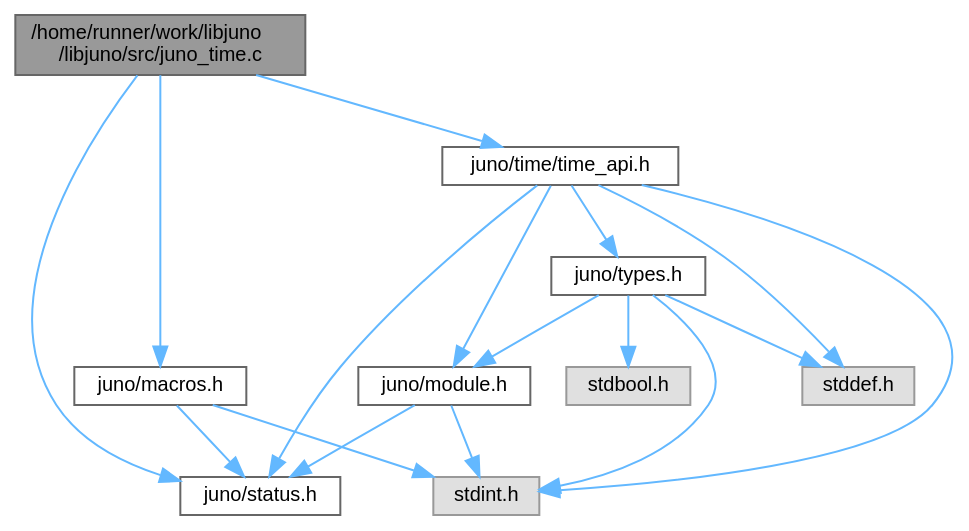
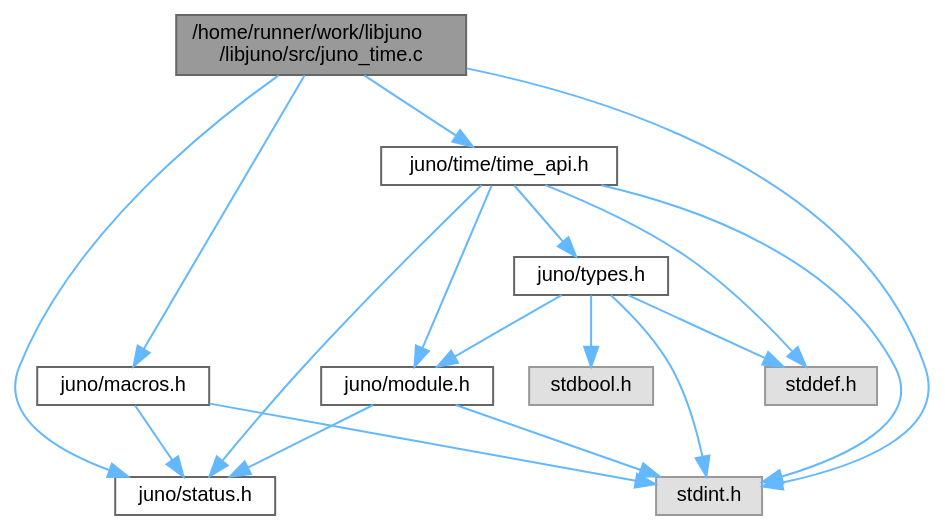
Before and after one commit to robinonsay/libjuno: the diagram in juno__time_8c__incl.dot, drawn with Graphviz. The commit also changed 91 other files, not shown here.

```diff
--- a/juno__time_8c__incl.dot
+++ b/juno__time_8c__incl.dot
@@ -1,32 +1,33 @@
 digraph "/home/runner/work/libjuno/libjuno/src/juno_time.c"
 {
  // LATEX_PDF_SIZE
   bgcolor="transparent";
   edge [fontname=Helvetica,fontsize=10,labelfontname=Helvetica,labelfontsize=10];
   node [fontname=Helvetica,fontsize=10,shape=box,height=0.2,width=0.4];
   Node1 [id="Node000001",label="/home/runner/work/libjuno\l/libjuno/src/juno_time.c",height=0.2,width=0.4,color="gray40", fillcolor="grey60", style="filled", fontcolor="black",tooltip=" "];
   Node1 -> Node2 [id="edge1_Node000001_Node000002",color="steelblue1",style="solid",tooltip=" "];
   Node2 [id="Node000002",label="juno/macros.h",height=0.2,width=0.4,color="grey40", fillcolor="white", style="filled",URL="$macros_8h.html",tooltip=" "];
   Node2 -> Node3 [id="edge2_Node000002_Node000003",color="steelblue1",style="solid",tooltip=" "];
   Node3 [id="Node000003",label="juno/status.h",height=0.2,width=0.4,color="grey40", fillcolor="white", style="filled",URL="$status_8h.html",tooltip=" "];
   Node2 -> Node4 [id="edge3_Node000002_Node000004",color="steelblue1",style="solid",tooltip=" "];
   Node4 [id="Node000004",label="stdint.h",height=0.2,width=0.4,color="grey60", fillcolor="#E0E0E0", style="filled",tooltip=" "];
   Node1 -> Node3 [id="edge4_Node000001_Node000003",color="steelblue1",style="solid",tooltip=" "];
   Node1 -> Node5 [id="edge5_Node000001_Node000005",color="steelblue1",style="solid",tooltip=" "];
   Node5 [id="Node000005",label="juno/time/time_api.h",height=0.2,width=0.4,color="grey40", fillcolor="white", style="filled",URL="$time__api_8h.html",tooltip=" "];
   Node5 -> Node3 [id="edge6_Node000005_Node000003",color="steelblue1",style="solid",tooltip=" "];
   Node5 -> Node6 [id="edge7_Node000005_Node000006",color="steelblue1",style="solid",tooltip=" "];
   Node6 [id="Node000006",label="juno/module.h",height=0.2,width=0.4,color="grey40", fillcolor="white", style="filled",URL="$module_8h.html",tooltip=" "];
   Node6 -> Node3 [id="edge8_Node000006_Node000003",color="steelblue1",style="solid",tooltip=" "];
   Node6 -> Node4 [id="edge9_Node000006_Node000004",color="steelblue1",style="solid",tooltip=" "];
   Node5 -> Node7 [id="edge10_Node000005_Node000007",color="steelblue1",style="solid",tooltip=" "];
   Node7 [id="Node000007",label="juno/types.h",height=0.2,width=0.4,color="grey40", fillcolor="white", style="filled",URL="$types_8h.html",tooltip=" "];
   Node7 -> Node6 [id="edge11_Node000007_Node000006",color="steelblue1",style="solid",tooltip=" "];
   Node7 -> Node8 [id="edge12_Node000007_Node000008",color="steelblue1",style="solid",tooltip=" "];
   Node8 [id="Node000008",label="stdbool.h",height=0.2,width=0.4,color="grey60", fillcolor="#E0E0E0", style="filled",tooltip=" "];
   Node7 -> Node9 [id="edge13_Node000007_Node000009",color="steelblue1",style="solid",tooltip=" "];
   Node9 [id="Node000009",label="stddef.h",height=0.2,width=0.4,color="grey60", fillcolor="#E0E0E0", style="filled",tooltip=" "];
   Node7 -> Node4 [id="edge14_Node000007_Node000004",color="steelblue1",style="solid",tooltip=" "];
   Node5 -> Node9 [id="edge15_Node000005_Node000009",color="steelblue1",style="solid",tooltip=" "];
   Node5 -> Node4 [id="edge16_Node000005_Node000004",color="steelblue1",style="solid",tooltip=" "];
+  Node1 -> Node4 [id="edge17_Node000001_Node000004",color="steelblue1",style="solid",tooltip=" "];
 }
```
